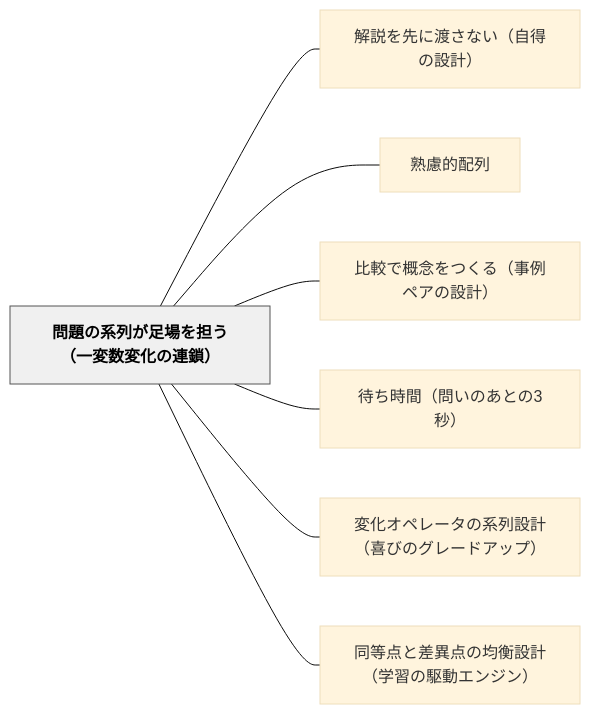
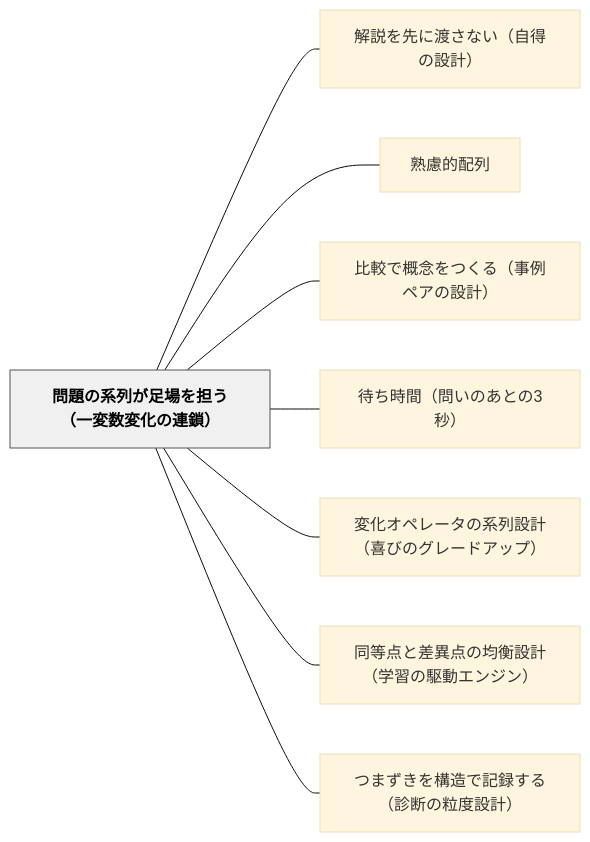
The diagram in content/パタン/問題の系列が足場を担う（一変数変化の連鎖）.md (unknownthings-ed-patterns/unknownthings-ed-patterns), drawn with Mermaid (base theme) before and after one commit. The commit also changed other lines of this file, not shown here.

Commit message:
auto: Obsidianから同期 2026-06-15 17:53

````diff
--- a/content/パタン/問題の系列が足場を担う（一変数変化の連鎖）.md
+++ b/content/パタン/問題の系列が足場を担う（一変数変化の連鎖）.md
@@ -127,20 +128,22 @@
 ```mermaid
 flowchart LR
     ne5958fe9a18ce381aee7b3bbe58897e3818ce8b6b3e5a0b4e38292e68b85e38186efbc88e4b880e5a489e695b0e5a489e58c96e381aee980a3e98e96efbc89["問題の系列が足場を担う（一変数変化の連鎖）"]
     ne8a7a3e8aaace38292e58588e381abe6b8a1e38195e381aae38184efbc88e887aae5be97e381aee8a8ade8a888efbc89["解説を先に渡さない（自得の設計）"]
     ne7869fe685aee79a84e9858de58897["熟慮的配列"]
     ne6af94e8bc83e381a7e6a682e5bfb5e38292e381a4e3818fe3828befbc88e4ba8be4be8be3839ae382a2e381aee8a8ade8a888efbc89["比較で概念をつくる（事例ペアの設計）"]
     ne5be85e381a1e69982e99693efbc88e5958fe38184e381aee38182e381a8e381ae33e7a792efbc89["待ち時間（問いのあとの3秒）"]
     ne5a489e58c96e382aae3839ae383ace383bce382bfe381aee7b3bbe58897e8a8ade8a888efbc88e5969ce381b3e381aee382b0e383ace383bce38389e382a2e38383e38397efbc89["変化オペレータの系列設計（喜びのグレードアップ）"]
     ne5908ce7ad89e782b9e381a8e5b7aee795b0e782b9e381aee59d87e8a1a1e8a8ade8a888efbc88e5ada6e7bf92e381aee9a786e58b95e382a8e383b3e382b8e383b3efbc89["同等点と差異点の均衡設計（学習の駆動エンジン）"]
+    ne381a4e381bee3819ae3818de38292e6a78be980a0e381a7e8a898e98cb2e38199e3828befbc88e8a8bae696ade381aee7b292e5baa6e8a8ade8a888efbc89["つまずきを構造で記録する（診断の粒度設計）"]
 
     ne5958fe9a18ce381aee7b3bbe58897e3818ce8b6b3e5a0b4e38292e68b85e38186efbc88e4b880e5a489e695b0e5a489e58c96e381aee980a3e98e96efbc89 --- ne8a7a3e8aaace38292e58588e381abe6b8a1e38195e381aae38184efbc88e887aae5be97e381aee8a8ade8a888efbc89
     ne5958fe9a18ce381aee7b3bbe58897e3818ce8b6b3e5a0b4e38292e68b85e38186efbc88e4b880e5a489e695b0e5a489e58c96e381aee980a3e98e96efbc89 --- ne7869fe685aee79a84e9858de58897
     ne5958fe9a18ce381aee7b3bbe58897e3818ce8b6b3e5a0b4e38292e68b85e38186efbc88e4b880e5a489e695b0e5a489e58c96e381aee980a3e98e96efbc89 --- ne6af94e8bc83e381a7e6a682e5bfb5e38292e381a4e3818fe3828befbc88e4ba8be4be8be3839ae382a2e381aee8a8ade8a888efbc89
     ne5958fe9a18ce381aee7b3bbe58897e3818ce8b6b3e5a0b4e38292e68b85e38186efbc88e4b880e5a489e695b0e5a489e58c96e381aee980a3e98e96efbc89 --- ne5be85e381a1e69982e99693efbc88e5958fe38184e381aee38182e381a8e381ae33e7a792efbc89
     ne5958fe9a18ce381aee7b3bbe58897e3818ce8b6b3e5a0b4e38292e68b85e38186efbc88e4b880e5a489e695b0e5a489e58c96e381aee980a3e98e96efbc89 --- ne5a489e58c96e382aae3839ae383ace383bce382bfe381aee7b3bbe58897e8a8ade8a888efbc88e5969ce381b3e381aee382b0e383ace383bce38389e382a2e38383e38397efbc89
     ne5958fe9a18ce381aee7b3bbe58897e3818ce8b6b3e5a0b4e38292e68b85e38186efbc88e4b880e5a489e695b0e5a489e58c96e381aee980a3e98e96efbc89 --- ne5908ce7ad89e782b9e381a8e5b7aee795b0e782b9e381aee59d87e8a1a1e8a8ade8a888efbc88e5ada6e7bf92e381aee9a786e58b95e382a8e383b3e382b8e383b3efbc89
+    ne5958fe9a18ce381aee7b3bbe58897e3818ce8b6b3e5a0b4e38292e68b85e38186efbc88e4b880e5a489e695b0e5a489e58c96e381aee980a3e98e96efbc89 --- ne381a4e381bee3819ae3818de38292e6a78be980a0e381a7e8a898e98cb2e38199e3828befbc88e8a8bae696ade381aee7b292e5baa6e8a8ade8a888efbc89
 
     classDef hub fill:#f0f0f0,stroke:#555,color:#000,font-weight:bold
     class ne5958fe9a18ce381aee7b3bbe58897e3818ce8b6b3e5a0b4e38292e68b85e38186efbc88e4b880e5a489e695b0e5a489e58c96e381aee980a3e98e96efbc89 hub
 ```
````
